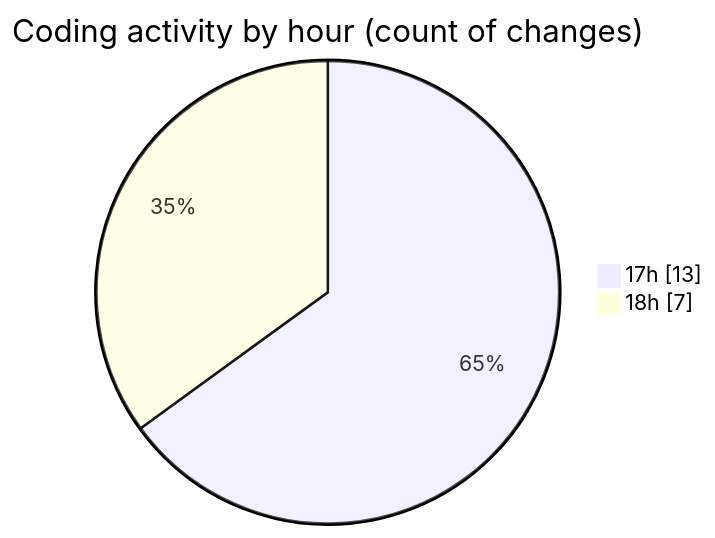
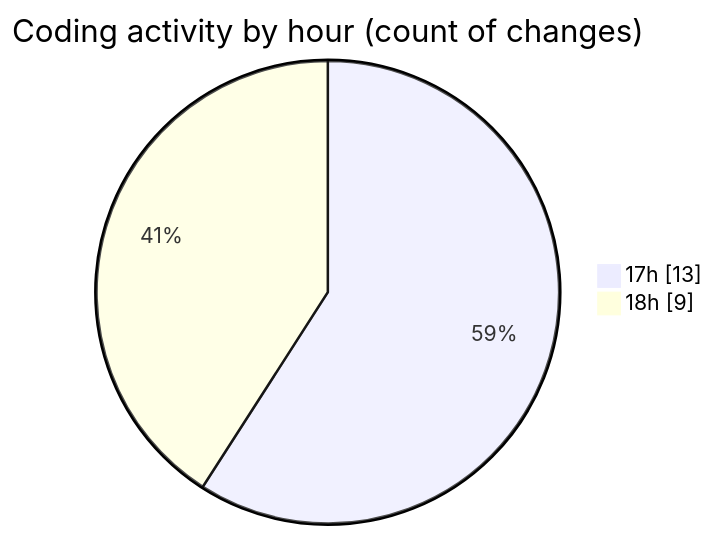
The second of 2 diagrams in 2025-02-01/maps_clone/README.md (donsfak/code-tracking), drawn with Mermaid before and after one commit. The commit also changed other lines of this file and 1 other file, not shown here.

````diff
--- a/2025-02-01/maps_clone/README.md
+++ b/2025-02-01/maps_clone/README.md
@@ -35,6 +35,6 @@
 ```mermaid
 pie showData
 title Coding activity by hour (count of changes)
 "17h" : 13
-"18h" : 7
+"18h" : 9
 ```
````
